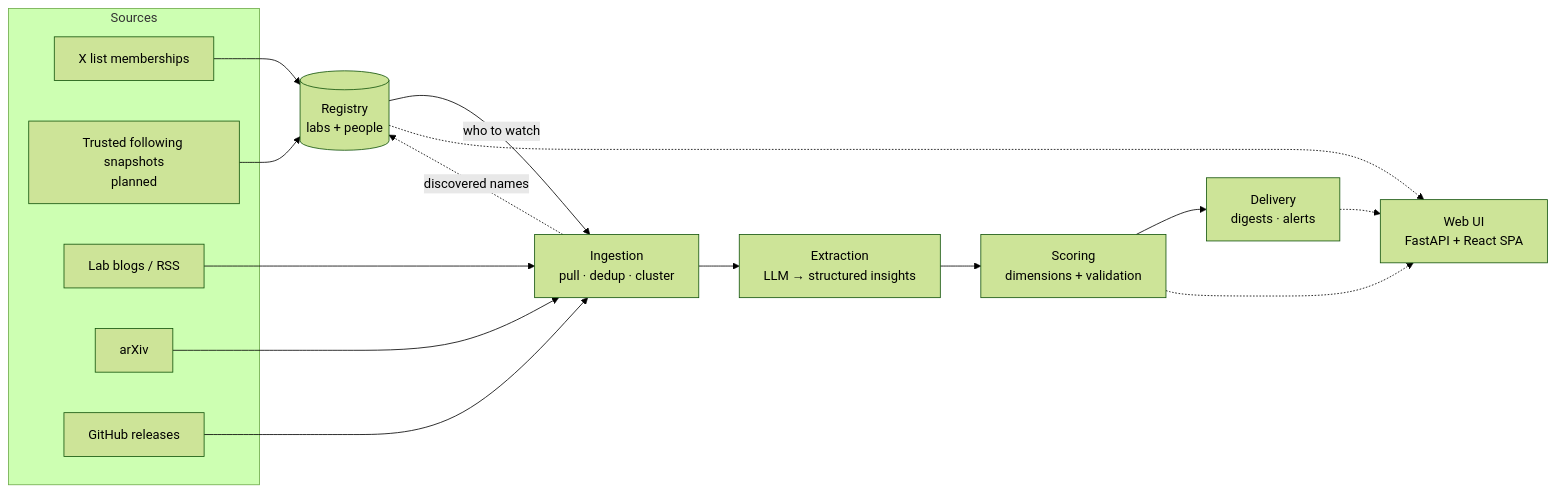
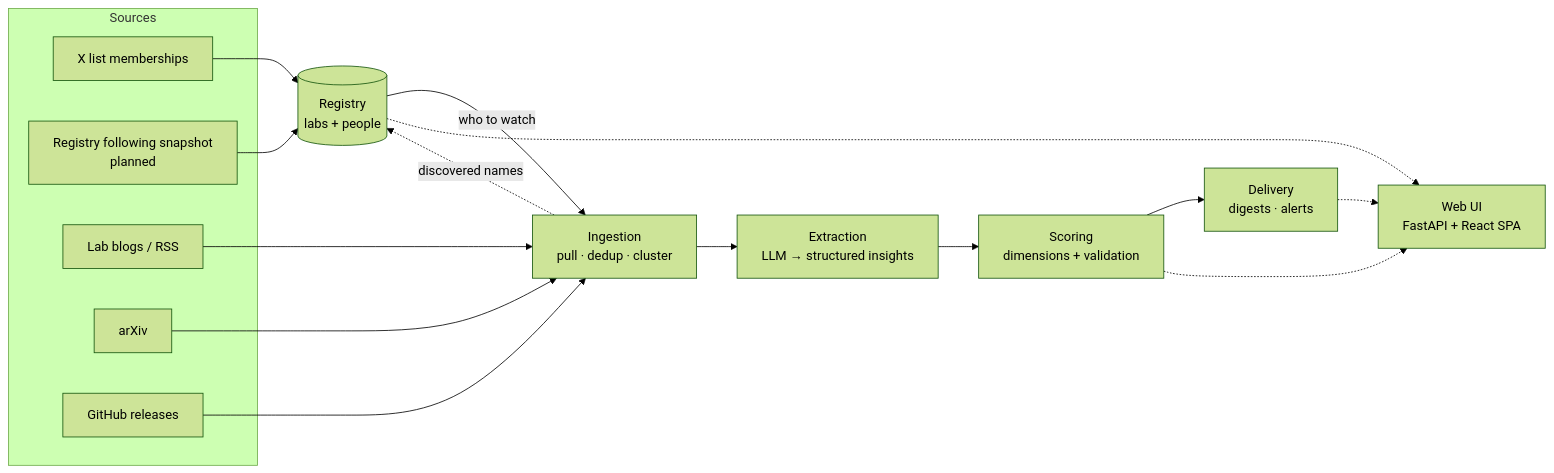
Before and after one commit to AdithyanI/frontier-lab-intelligence: the first of 5 diagrams in docs/architecture/overview.md, drawn with Mermaid (forest theme). The commit also changed other lines of this file and 18 other files, not shown here.

````diff
--- a/docs/architecture/overview.md
+++ b/docs/architecture/overview.md
@@ -63,29 +66,29 @@
 ```mermaid
 flowchart LR
     subgraph sources [Sources]
         XLISTS[X list memberships]
-        XFOLLOW[Trusted following snapshots<br/>planned]
+        XFOLLOW[Registry following snapshot<br/>planned]
         BLOGS[Lab blogs / RSS]
         ARXIV[arXiv]
         GH[GitHub releases]
     end
 
     REG[(Registry<br/>labs + people)]
     ING[Ingestion<br/>pull · dedup · cluster]
     EXT[Extraction<br/>LLM → structured insights]
     SCO[Scoring<br/>dimensions + validation]
     DEL[Delivery<br/>digests · alerts]
     UI[Web UI<br/>FastAPI + React SPA]
 
     XLISTS --> REG
     XFOLLOW --> REG
     REG -->|who to watch| ING
     BLOGS & ARXIV & GH --> ING
     ING --> EXT
     EXT --> SCO
     SCO --> DEL
     REG -.-> UI
     SCO -.-> UI
     DEL -.-> UI
     ING -.->|discovered names| REG
 ```
````
